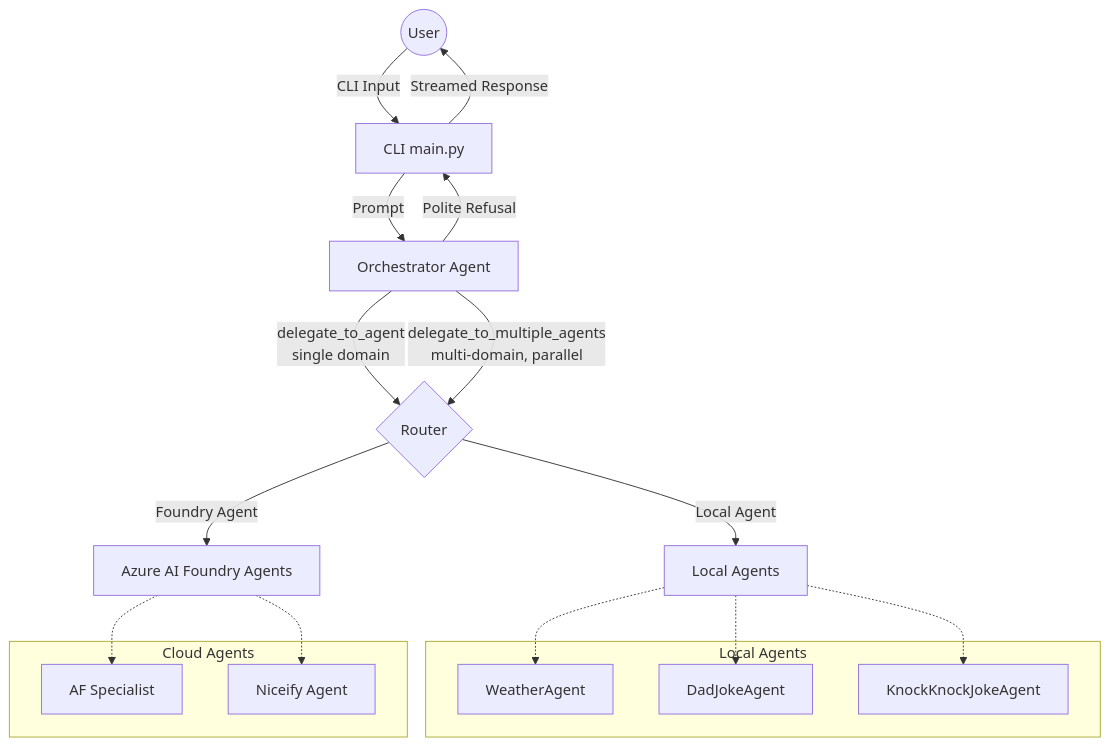
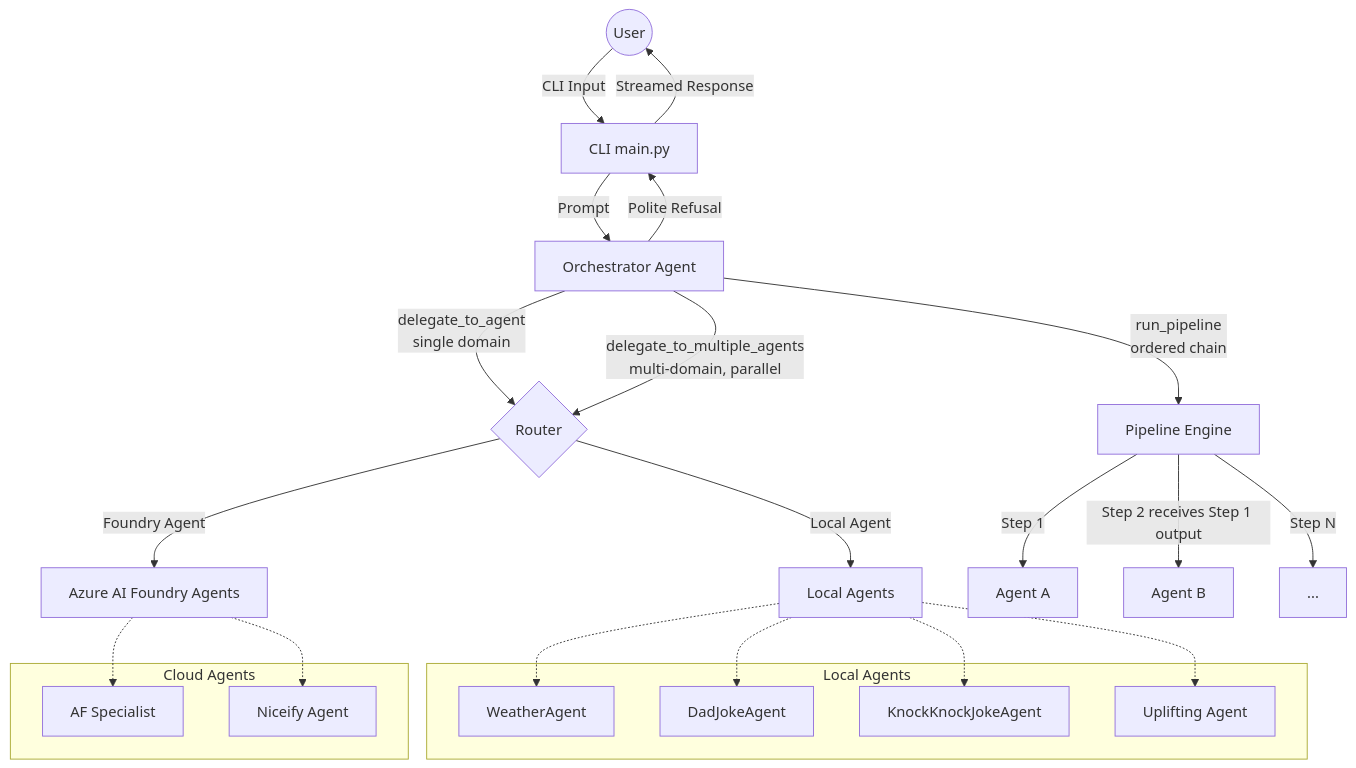
The diagram in README.md (marlinspike/Foundry-Agent), drawn with Mermaid before and after one commit. The commit also changed other lines of this file and 17 other files, not shown here.

````diff
--- a/README.md
+++ b/README.md
@@ -14,29 +14,36 @@
 ```mermaid
 graph TD
     User((User)) -->|CLI Input| CLI[CLI main.py]
     CLI -->|Streamed Response| User
     CLI -->|Prompt| Orch[Orchestrator Agent]
 
     Orch -->|Polite Refusal| CLI
     Orch -->|delegate_to_agent\nsingle domain| Router{Router}
     Orch -->|delegate_to_multiple_agents\nmulti-domain, parallel| Router
+    Orch -->|run_pipeline\nordered chain| Pipeline[Pipeline Engine]
 
     Router -->|Local Agent| Local[Local Agents]
     Router -->|Foundry Agent| Foundry[Azure AI Foundry Agents]
+
+    Pipeline -->|Step 1| StepA[Agent A]
+    Pipeline -->|Step 2 receives Step 1 output| StepB[Agent B]
+    Pipeline -->|Step N| StepN[...]
 
     subgraph Local Agents
         Weather[WeatherAgent]
         Joke[DadJokeAgent]
         KnockKnock[KnockKnockJokeAgent]
+        Uplifting[Uplifting Agent]
     end
     Local -.-> Weather
     Local -.-> Joke
     Local -.-> KnockKnock
+    Local -.-> Uplifting
 
     subgraph Cloud Agents
         AF[AF Specialist]
         Niceify[Niceify Agent]
     end
     Foundry -.-> AF
     Foundry -.-> Niceify
 ```
````
